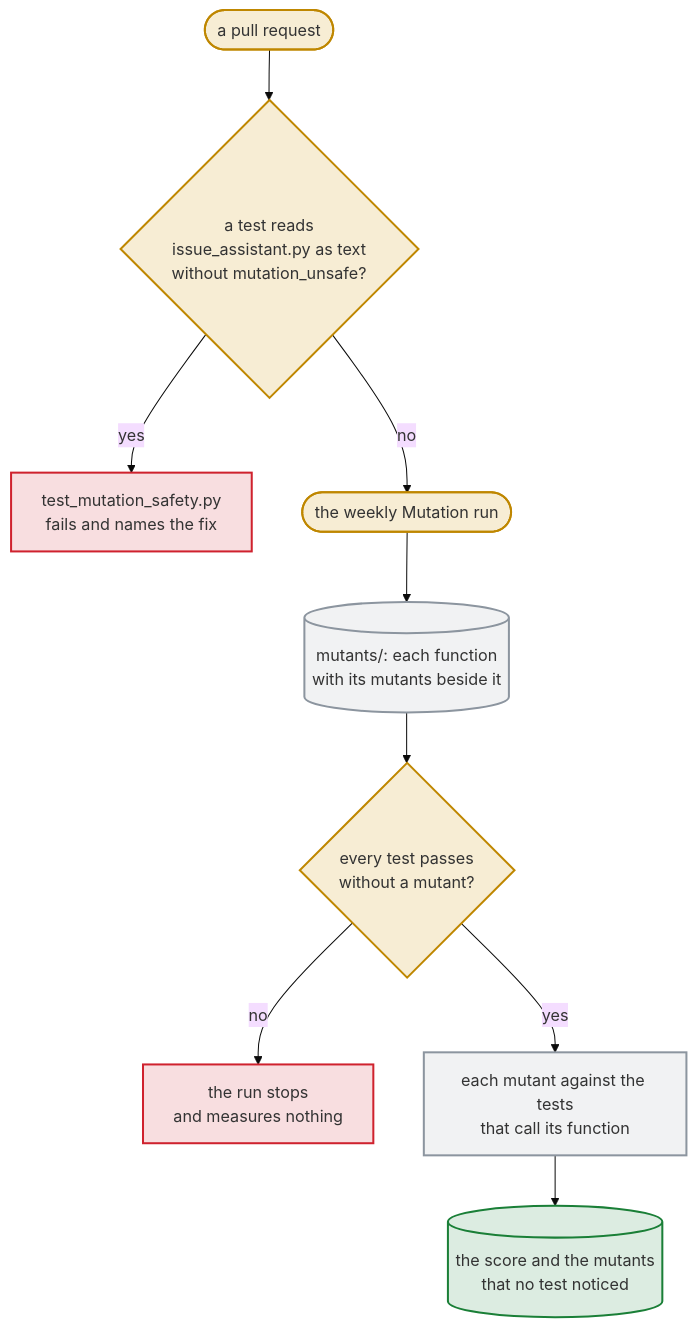
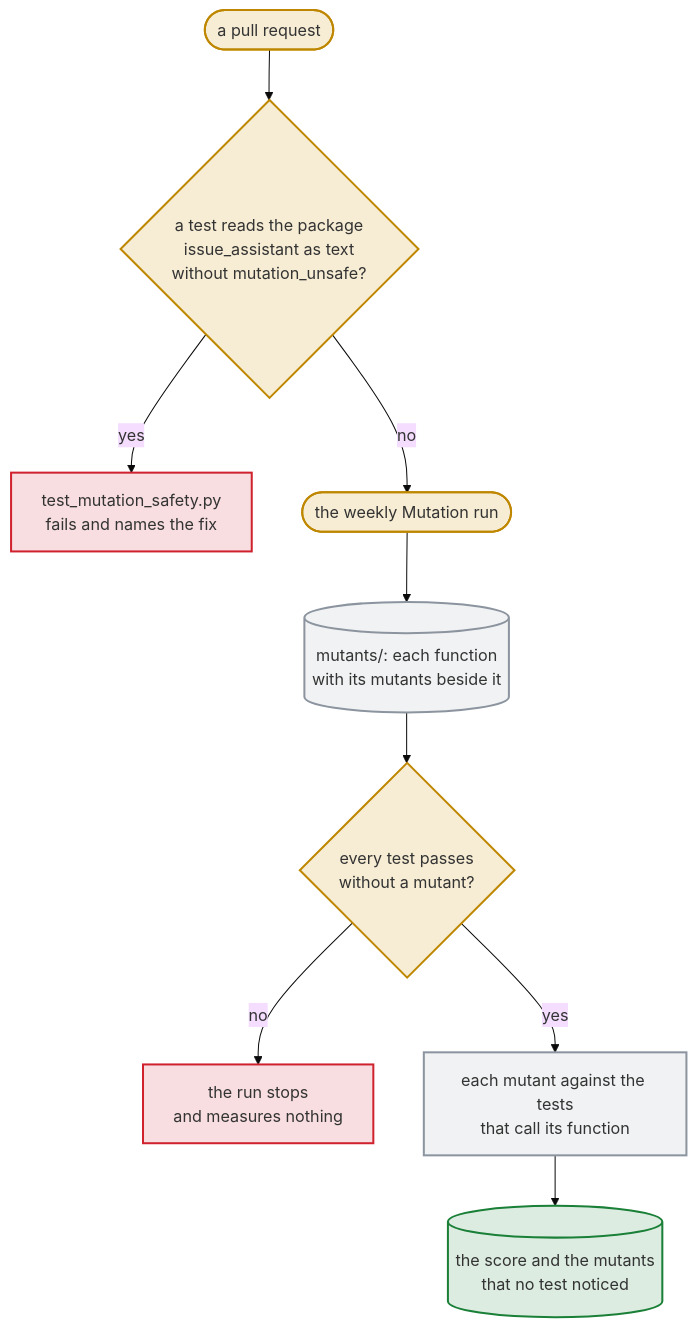
The diagram in docs/diagrams/how-the-weekly-mutation-run-tests-the-tests.mmd (Dennis-Otto/issue-assistant), drawn with Mermaid (base theme) before and after one commit. The commit also changed 113 other files, not shown here.

First line of the commit message:
refactor: split issue_assistant.py into a package along its sections (#243)

```diff
--- a/docs/diagrams/how-the-weekly-mutation-run-tests-the-tests.mmd
+++ b/docs/diagrams/how-the-weekly-mutation-run-tests-the-tests.mmd
@@ -1,21 +1,21 @@
 flowchart TB
   accTitle: How the weekly mutation run tests the tests
-  accDescr: In every pull request, tests/test_mutation_safety.py fails for a test that reads issue_assistant.py as text without the marker mutation_unsafe, and names the fix. Every Saturday the Mutation workflow copies the repository into mutants/, where each function of the script has its mutants beside it, and runs the tests there without the marked ones, first without any mutant; a test that fails then stops the whole run. Then each mutant runs against the tests that call its function, and the report lists the mutants that no test noticed.
-  pr(["a pull request"]) --> reads{"a test reads<br>issue_assistant.py as text<br>without mutation_unsafe?"}
+  accDescr: In every pull request, tests/test_mutation_safety.py fails for a test that reads the package issue_assistant as text without the marker mutation_unsafe, and names the fix. Every Saturday the Mutation workflow copies the repository into mutants/, where each function of the script has its mutants beside it, and runs the tests there without the marked ones, first without any mutant; a test that fails then stops the whole run. Then each mutant runs against the tests that call its function, and the report lists the mutants that no test noticed.
+  pr(["a pull request"]) --> reads{"a test reads the package<br>issue_assistant as text<br>without mutation_unsafe?"}
   reads -- "yes" --> fix["test_mutation_safety.py<br>fails and names the fix"]
   reads -- "no" --> weekly(["the weekly Mutation run"])
   weekly --> copy[("mutants/: each function<br>with its mutants beside it")]
   copy --> clean{"every test passes<br>without a mutant?"}
   clean -- "no" --> stops["the run stops<br>and measures nothing"]
   clean -- "yes" --> each["each mutant against the tests<br>that call its function"]
   each --> score[("the score and the mutants<br>that no test noticed")]
   classDef source fill:#d4a72c33,stroke:#bf8700,stroke-width:2px
   classDef question fill:#d4a72c33,stroke:#bf8700,stroke-width:2px
   classDef stop fill:#cf222e26,stroke:#cf222e,stroke-width:2px
   classDef job fill:#8c959f1f,stroke:#8c959f,stroke-width:2px
   classDef safe fill:#1a7f3726,stroke:#1a7f37,stroke-width:2px
   class pr,weekly source
   class reads,clean question
   class fix,stops stop
   class copy,each job
   class score safe
```
